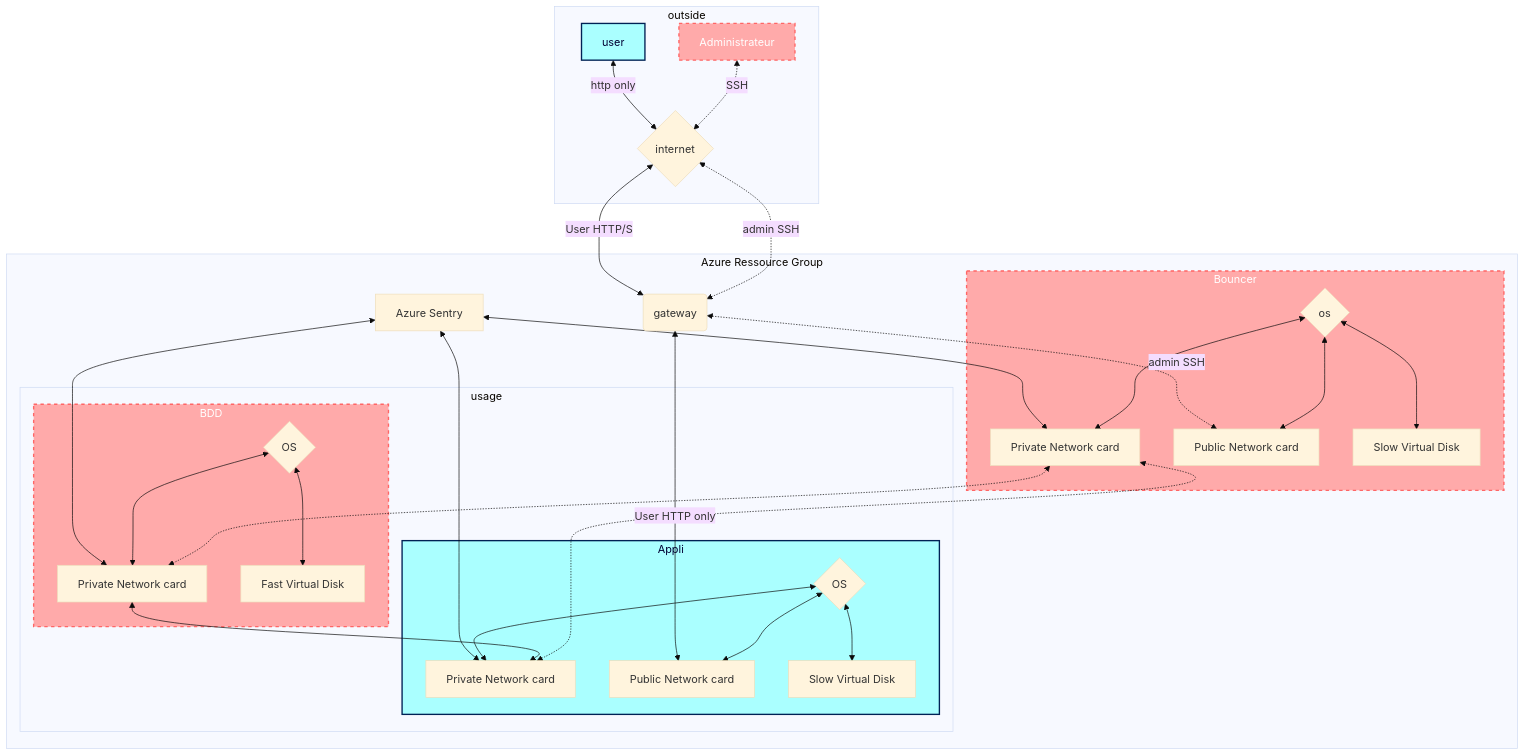
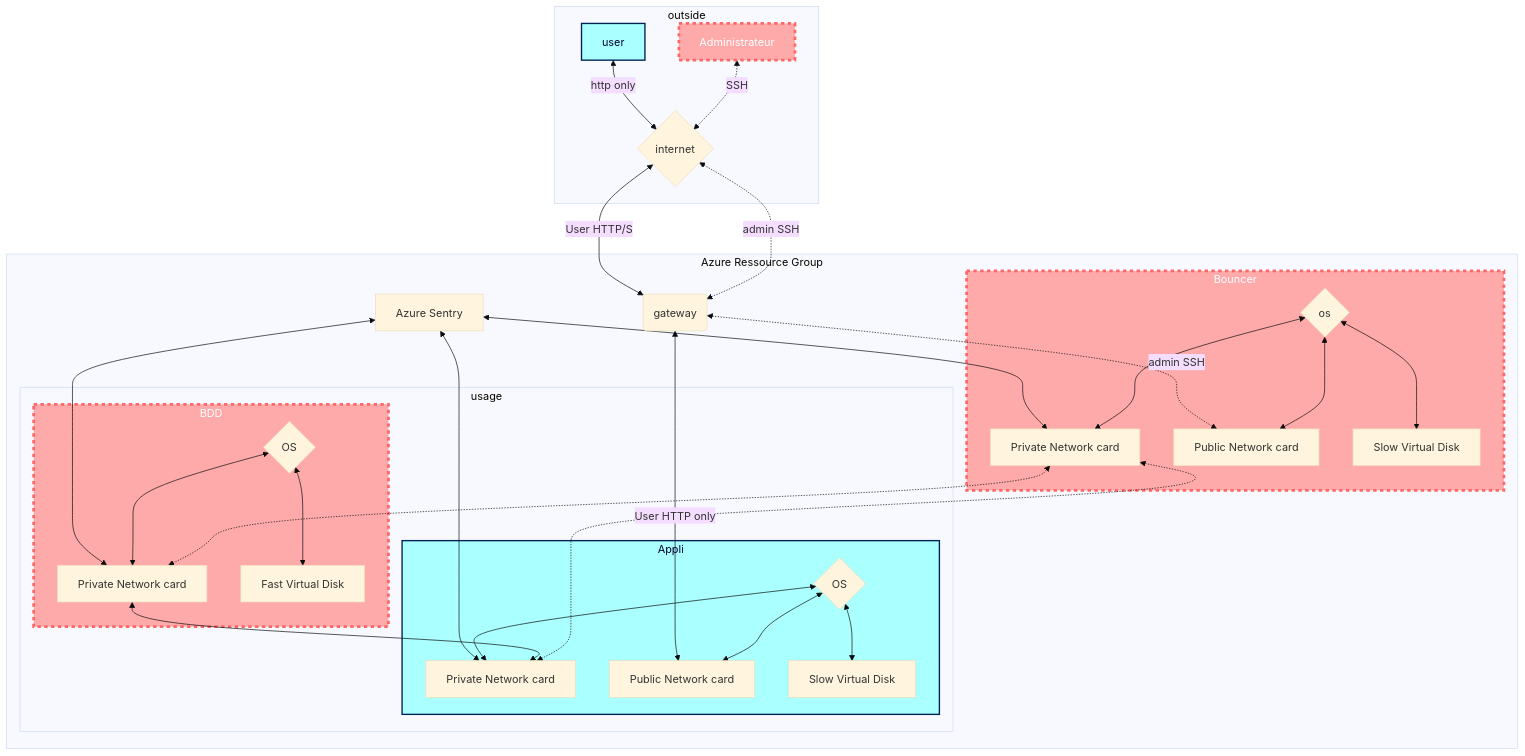
Before and after one commit to simplon-lanloBaptiste/Brief2_groupe3: the diagram in Collaborative note on Azure’s BDD VM's.md, drawn with Mermaid (base theme). The commit also changed other lines of this file, not shown here.

````diff
--- a/Collaborative note on Azure’s BDD VM's.md
+++ b/Collaborative note on Azure’s BDD VM's.md
@@ -5,78 +35,75 @@
 ```mermaid
 flowchart TD
 
     subgraph rg1 [Azure Ressource Group]
         
         subgraph use [usage]
 
         subgraph bdd1 [BDD]
             priv_1[Private Network card]
             virt_1[Fast Virtual Disk]
             os_1{OS}
         end
         
         subgraph app1 [Appli]
             priv_2[Private Network card]
             pub_2[Public Network card]
             virt_2[Slow Virtual Disk]
             os_2{OS}
         end
 
         end
 
         subgraph  admin1 [Bouncer]
             priv_3[Private Network card]
             pub_3[Public Network card]
             virt_3[Slow Virtual Disk]
             os_3{os}
         end
 
         gw(gateway)
         sentry[Azure Sentry]
 
         
 
     end
     
     subgraph outside[outside]
         usr[user]
         admin[Administrateur]
         web{internet}
     end
 
     usr <-->|http only| web
     admin <-.->|SSH| web
     
     web <-->|User HTTP/S| gw
     web <-.->|admin SSH| gw
     
     gw <-->|User HTTP only| pub_2
     gw <-.->|admin SSH| pub_3
-    sentry <--> priv_1
-    sentry <--> priv_2
-    sentry <--> priv_3
-
+    sentry <--> priv_1 & priv_2 & priv_3
+    
     os_1 <--> virt_1
     os_1 <--> priv_1
     
     os_2 <--> virt_2
     os_2 <--> priv_2
     os_2 <--> pub_2
 
     os_3 <--> virt_3
     os_3 <--> priv_3
     os_3 <--> pub_3
 
     priv_1 <--> priv_2
-    priv_3 <-.-> priv_2  
-    priv_3 <-.-> priv_1
+    priv_3 <-.-> priv_1 & priv_2
+    
 
-
-    classDef secondary fill:#faa,stroke:#f66,stroke-width:2px,color:#fff,stroke-dasharray: 5 5;
-    class admin,admin1,bdd1 secondary;
-    classDef primary fill:#aff,stroke:#025,stroke-width:2px,color:#003;
-    class usr,app1, primary;
+    classDef sec fill:#faa,stroke:#f66,stroke-width:4px,color:#fff,stroke-dasharray: 5 5;
+    class admin,admin1,bdd1, sec;
+    classDef prim fill:#aff,stroke:#025,stroke-width:2px,color:#003;
+    class usr,app1, prim;
 
 
 
 ```
````
